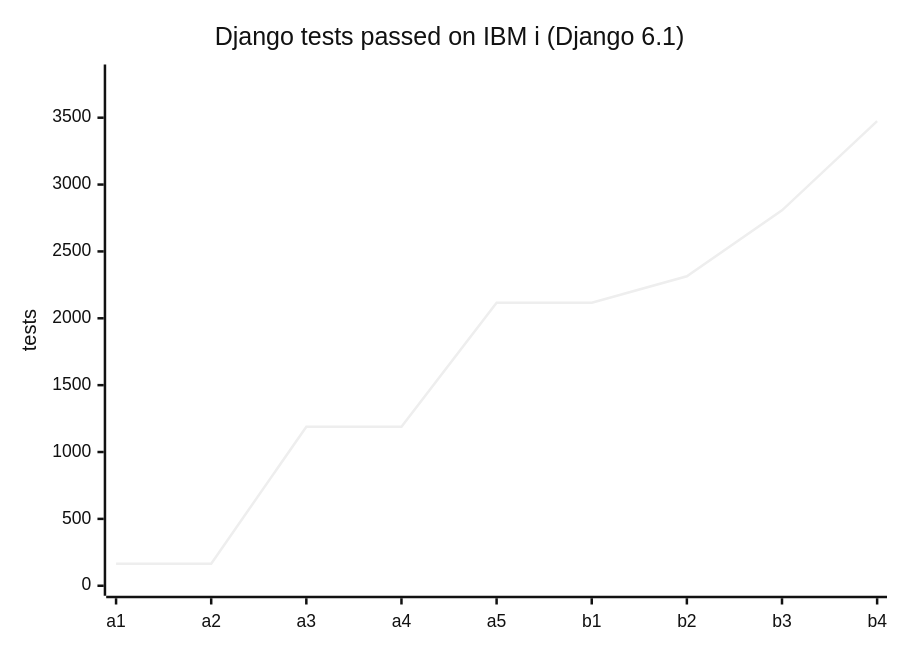
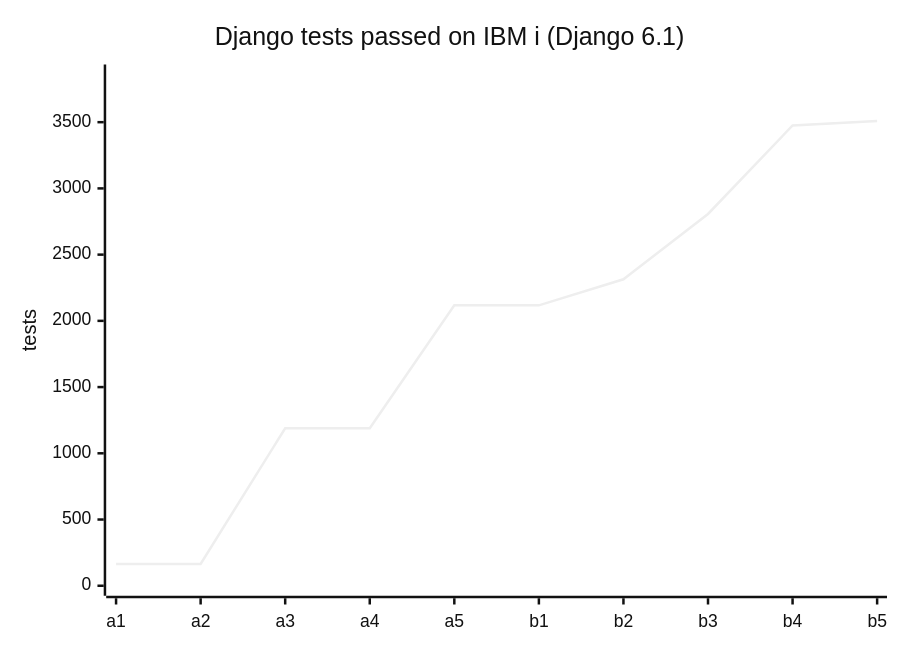
One commit to benny-vanbelle-vandeput-be/django-db2-for-i changed the second of 2 diagrams in docs/RELEASE_HISTORY.md. Above: the diagram before and after it, drawn with Mermaid (neutral theme). The commit also changed other lines of this file and 16 other files, not shown here.

````diff
--- a/docs/RELEASE_HISTORY.md
+++ b/docs/RELEASE_HISTORY.md
@@ -45,7 +46,7 @@
 ```mermaid
 xychart-beta
     title "Django tests passed on IBM i (Django 6.1)"
-    x-axis [a1, a2, a3, a4, a5, b1, b2, b3, b4]
-    y-axis "tests" 0 --> 3823
-    line [165, 165, 1189, 1189, 2117, 2117, 2314, 2807, 3475]
+    x-axis [a1, a2, a3, a4, a5, b1, b2, b3, b4, b5]
+    y-axis "tests" 0 --> 3860
+    line [165, 165, 1189, 1189, 2117, 2117, 2314, 2807, 3475, 3509]
 ```
````
